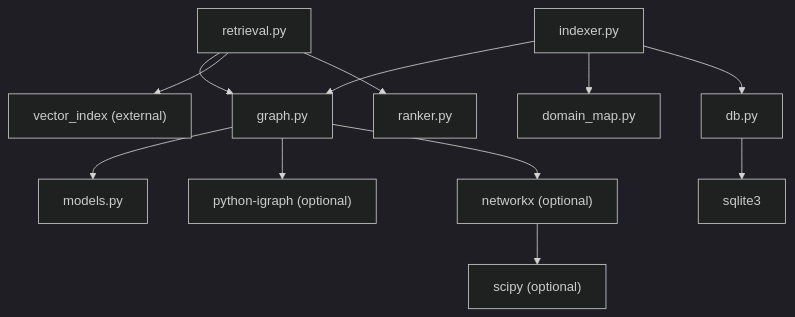
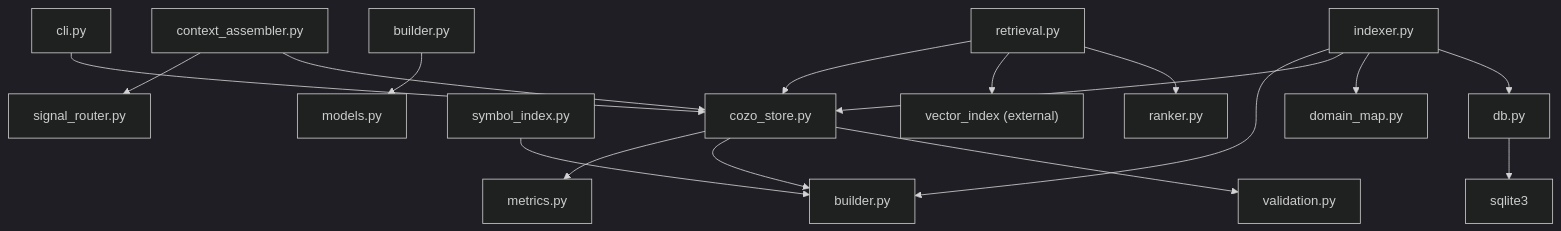
Before and after one commit to maemreyo/zmr-ctx-paker: the tenth of 10 diagrams in .qoder/repowiki/en/content/Core Modules/Graph Engine.md, drawn with Mermaid (dark theme). The commit also changed other lines of this file and 25 other files, not shown here.

````diff
--- a/.qoder/repowiki/en/content/Core Modules/Graph Engine.md
+++ b/.qoder/repowiki/en/content/Core Modules/Graph Engine.md
@@ -311,14 +515,19 @@
 ```mermaid
 graph TB
-G["graph.py"] --> M["models.py"]
-R["retrieval.py"] --> G
+GS["cozo_store.py"] --> MET["metrics.py"]
+GS --> BLD["builder.py"]
+GS --> VAL["validation.py"]
+B["builder.py"] --> M["models.py"]
+SI["symbol_index.py"] --> BLD
+CA["context_assembler.py"] --> SR["signal_router.py"]
+CA --> GS
+CLI["cli.py"] --> GS
+R["retrieval.py"] --> GS
 R --> V["vector_index (external)"]
 R --> RK["ranker.py"]
-IDX["indexer.py"] --> G
+IDX["indexer.py"] --> BLD
+IDX --> GS
 IDX --> DM["domain_map.py"]
 IDX --> DDB["db.py"]
 DDB --> SQL["sqlite3"]
-G --> IG["python-igraph (optional)"]
-G --> NX["networkx (optional)"]
-NX --> SC["scipy (optional)"]
 ```
````
